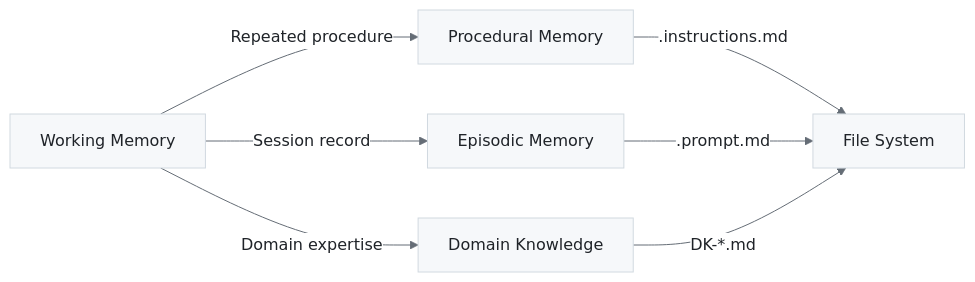
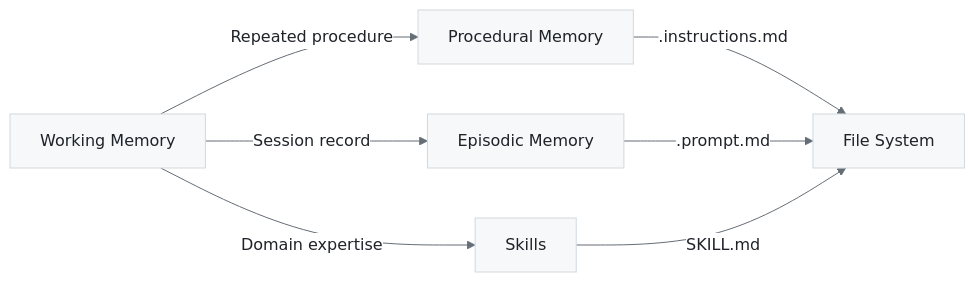
Before and after one commit to fabioc-aloha/Alex_Plug_In: the second of 4 diagrams in alex_docs/MEMORY-SYSTEMS.md, drawn with Mermaid. The commit also changed other lines of this file and 158 other files, not shown here.

First line of the commit message:
docs: Epic architecture consistency update (v3.7.3)

````diff
--- a/alex_docs/MEMORY-SYSTEMS.md
+++ b/alex_docs/MEMORY-SYSTEMS.md
@@ -86,13 +86,13 @@
 ```mermaid
 %%{init: {'theme': 'base', 'themeVariables': { 'primaryColor': '#f6f8fa', 'primaryTextColor': '#1f2328', 'primaryBorderColor': '#d1d9e0', 'lineColor': '#656d76', 'secondaryColor': '#f6f8fa', 'tertiaryColor': '#ffffff', 'background': '#ffffff', 'mainBkg': '#f6f8fa', 'nodeBorder': '#d1d9e0', 'clusterBkg': '#f6f8fa', 'clusterBorder': '#d1d9e0', 'titleColor': '#1f2328', 'edgeLabelBackground': '#ffffff'}}}%%
 flowchart LR
     WM[Working Memory]
 
     WM -->|"Repeated procedure"| PM[Procedural Memory]
     WM -->|"Session record"| EM[Episodic Memory]
-    WM -->|"Domain expertise"| DK[Domain Knowledge]
+    WM -->|"Domain expertise"| SK[Skills]
 
     PM -->|".instructions.md"| FS[File System]
     EM -->|".prompt.md"| FS
-    DK -->|"DK-*.md"| FS
+    SK -->|"SKILL.md"| FS
 ```
````
